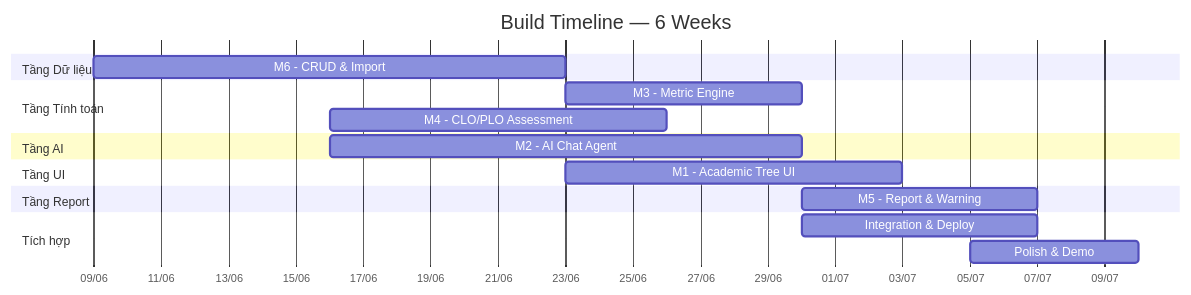
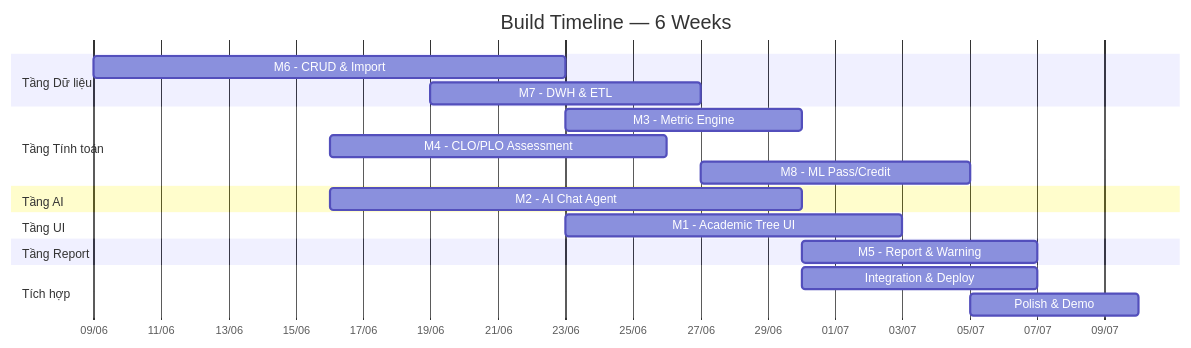
One commit to ritvien/-Learning-Analytics-AI changed the eighth of 8 diagrams in docs/02-PRD/PRD.md. Above: the diagram before and after it, drawn with Mermaid. The commit also changed other lines of this file and 45 other files, not shown here.

````diff
--- a/docs/02-PRD/PRD.md
+++ b/docs/02-PRD/PRD.md
@@ -466,26 +610,28 @@
 ```mermaid
 gantt
     title Build Timeline — 6 Weeks
     dateFormat YYYY-MM-DD
     axisFormat %d/%m
 
     section Tầng Dữ liệu
     M6 - CRUD & Import          :m6, 2026-06-09, 14d
+    M7 - DWH & ETL              :m7, 2026-06-19, 8d
 
     section Tầng Tính toán
     M3 - Metric Engine          :m3, after m6, 7d
     M4 - CLO/PLO Assessment     :m4, 2026-06-16, 10d
+    M8 - ML Pass/Credit         :m8, after m7, 8d
 
     section Tầng AI
     M2 - AI Chat Agent          :m2, 2026-06-16, 14d
 
     section Tầng UI
     M1 - Academic Tree UI       :m1, 2026-06-23, 10d
 
     section Tầng Report
     M5 - Report & Warning       :m5, 2026-06-30, 7d
 
     section Tích hợp
     Integration & Deploy        :int, 2026-06-30, 7d
     Polish & Demo               :pol, 2026-07-05, 5d
 ```
````
